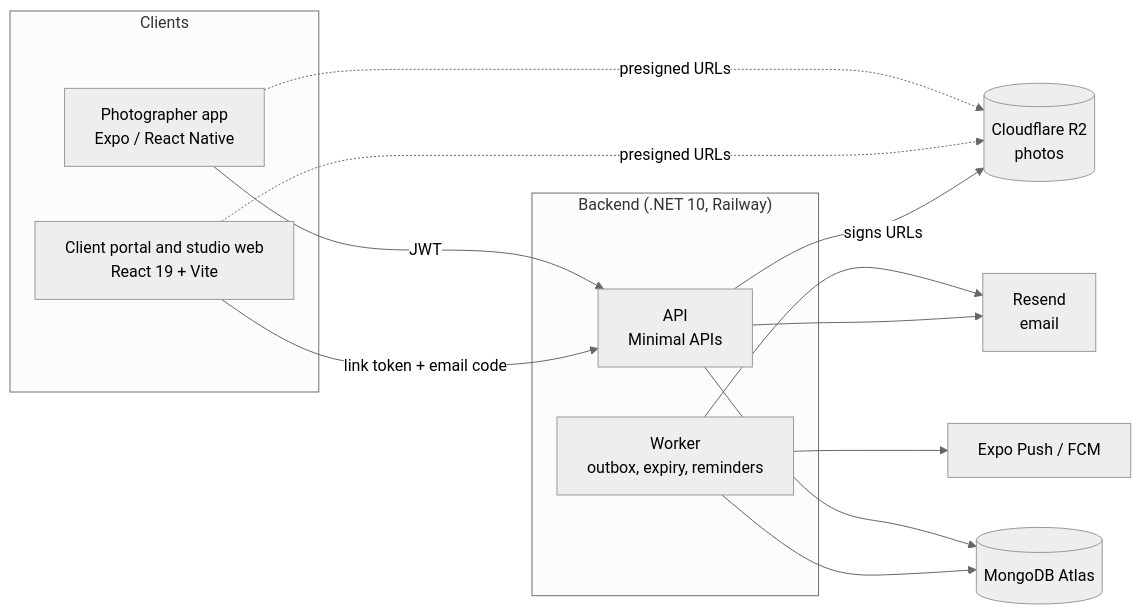
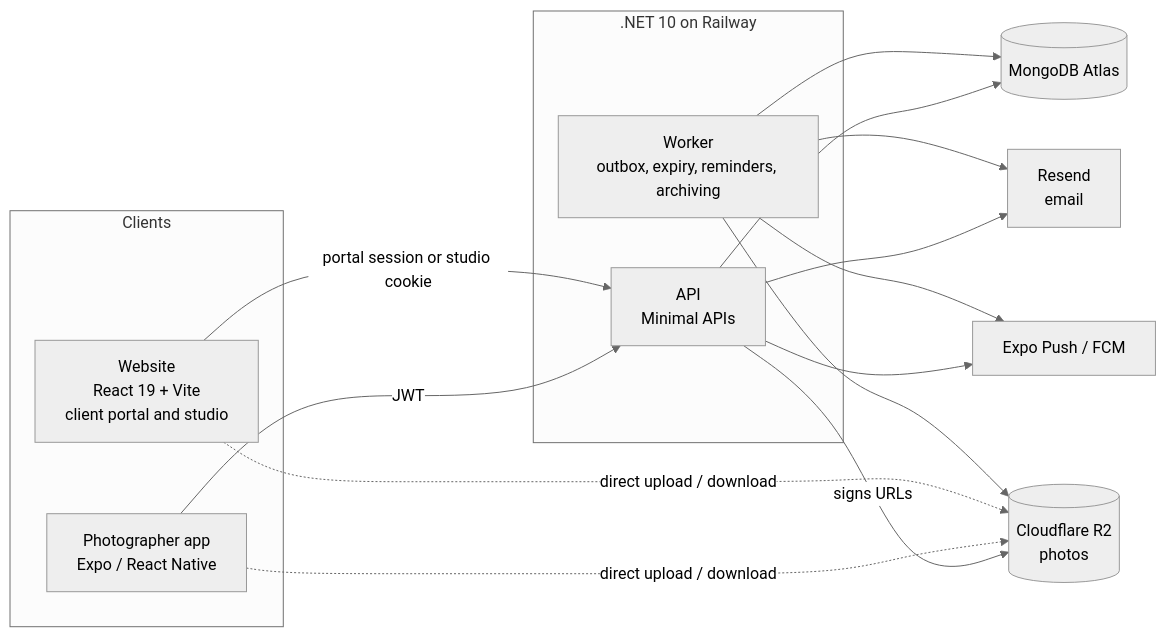
The first of 3 diagrams in README.md (gramirez29/photosense-studio-showcase), drawn with Mermaid (neutral theme) before and after one commit. The commit also changed other lines of this file, not shown here.

````diff
--- a/README.md
+++ b/README.md
@@ -24,26 +65,28 @@
 ```mermaid
 flowchart LR
   subgraph Clients
     A["Photographer app<br/>Expo / React Native"]
-    W["Client portal and studio web<br/>React 19 + Vite"]
+    W["Website<br/>React 19 + Vite<br/>client portal and studio"]
   end
-  subgraph Backend["Backend (.NET 10, Railway)"]
+  subgraph Backend[".NET 10 on Railway"]
     API["API<br/>Minimal APIs"]
-    WK["Worker<br/>outbox, expiry, reminders"]
+    WK["Worker<br/>outbox, expiry, reminders, archiving"]
   end
   DB[("MongoDB Atlas")]
   R2[("Cloudflare R2<br/>photos")]
   EM["Resend<br/>email"]
   PU["Expo Push / FCM"]
 
   A -->|JWT| API
-  W -->|link token + email code| API
+  W -->|portal session or studio cookie| API
   API --> DB
   WK --> DB
-  A -. presigned URLs .-> R2
-  W -. presigned URLs .-> R2
   API -->|signs URLs| R2
+  A -. direct upload / download .-> R2
+  W -. direct upload / download .-> R2
+  WK --> R2
+  API --> EM
   WK --> EM
-  API --> EM
+  API --> PU
   WK --> PU
 ```
````
